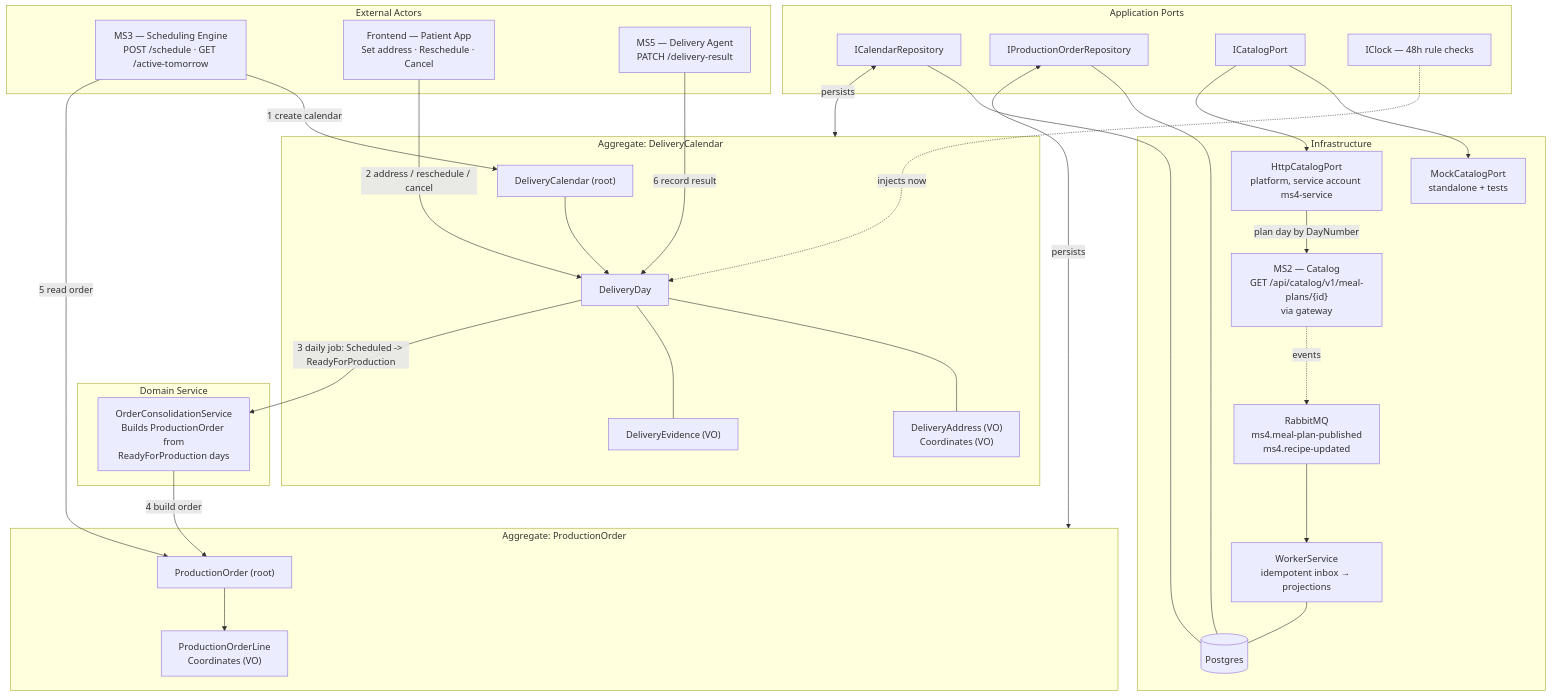
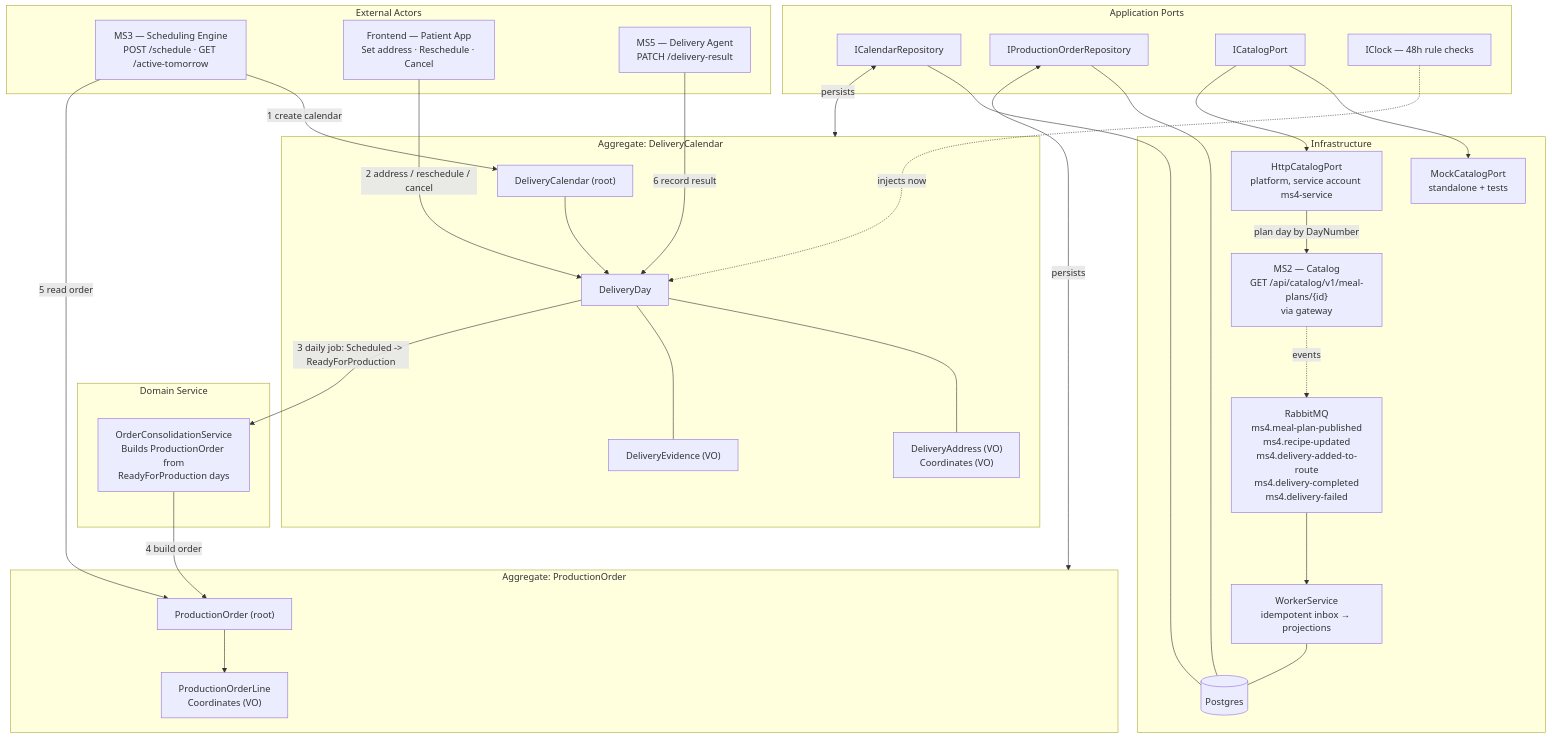
The second of 2 diagrams in README.md (Nur-tricenter/ms4-delivery-schedule-management), drawn with Mermaid before and after one commit. The commit also changed other lines of this file and 10 other files, not shown here.

````diff
--- a/README.md
+++ b/README.md
@@ -202,64 +202,64 @@
 ```mermaid
 flowchart TD
     subgraph EXT["External Actors"]
         MS3["MS3 — Scheduling Engine\nPOST /schedule · GET /active-tomorrow"]
         FE["Frontend — Patient App\nSet address · Reschedule · Cancel"]
         MS5["MS5 — Delivery Agent\nPATCH /delivery-result"]
     end
 
     subgraph AGG1["Aggregate: DeliveryCalendar"]
         DC["DeliveryCalendar (root)"]
         DD["DeliveryDay"]
         DA["DeliveryAddress (VO)\nCoordinates (VO)"]
         DEV["DeliveryEvidence (VO)"]
         DC --> DD
         DD --- DA
         DD --- DEV
     end
 
     subgraph SVC["Domain Service"]
         OCS["OrderConsolidationService\nBuilds ProductionOrder from\nReadyForProduction days"]
     end
 
     subgraph AGG2["Aggregate: ProductionOrder"]
         PO["ProductionOrder (root)"]
         POL["ProductionOrderLine\nCoordinates (VO)"]
         PO --> POL
     end
 
     subgraph PORTS["Application Ports"]
         ICALR["ICalendarRepository"]
         IPOR["IProductionOrderRepository"]
         ICP["ICatalogPort"]
         ICL["IClock — 48h rule checks"]
     end
 
     subgraph INFRA["Infrastructure"]
         DB[("Postgres")]
         MOCK["MockCatalogPort\nstandalone + tests"]
         HTTP["HttpCatalogPort\nplatform, service account ms4-service"]
         MS2["MS2 — Catalog\nGET /api/catalog/v1/meal-plans/{id}\nvia gateway"]
-        MQ["RabbitMQ\nms4.meal-plan-published\nms4.recipe-updated"]
+        MQ["RabbitMQ\nms4.meal-plan-published\nms4.recipe-updated\nms4.delivery-added-to-route\nms4.delivery-completed\nms4.delivery-failed"]
         WRK["WorkerService\nidempotent inbox → projections"]
     end
 
     MS3 -->|"1 create calendar"| DC
     FE  -->|"2 address / reschedule / cancel"| DD
     DD  -->|"3 daily job: Scheduled -> ReadyForProduction"| OCS
     OCS -->|"4 build order"| PO
     MS3 -->|"5 read order"| PO
     MS5 -->|"6 record result"| DD
 
     ICALR <-->|persists| AGG1
     IPOR  <-->|persists| AGG2
     ICALR --- DB
     IPOR  --- DB
 
     ICP --> MOCK
     ICP --> HTTP
     HTTP -->|"plan day by DayNumber"| MS2
     MS2 -.->|events| MQ
     MQ --> WRK
     WRK --- DB
     ICL  -.->|"injects now"| DD
 ```
````
